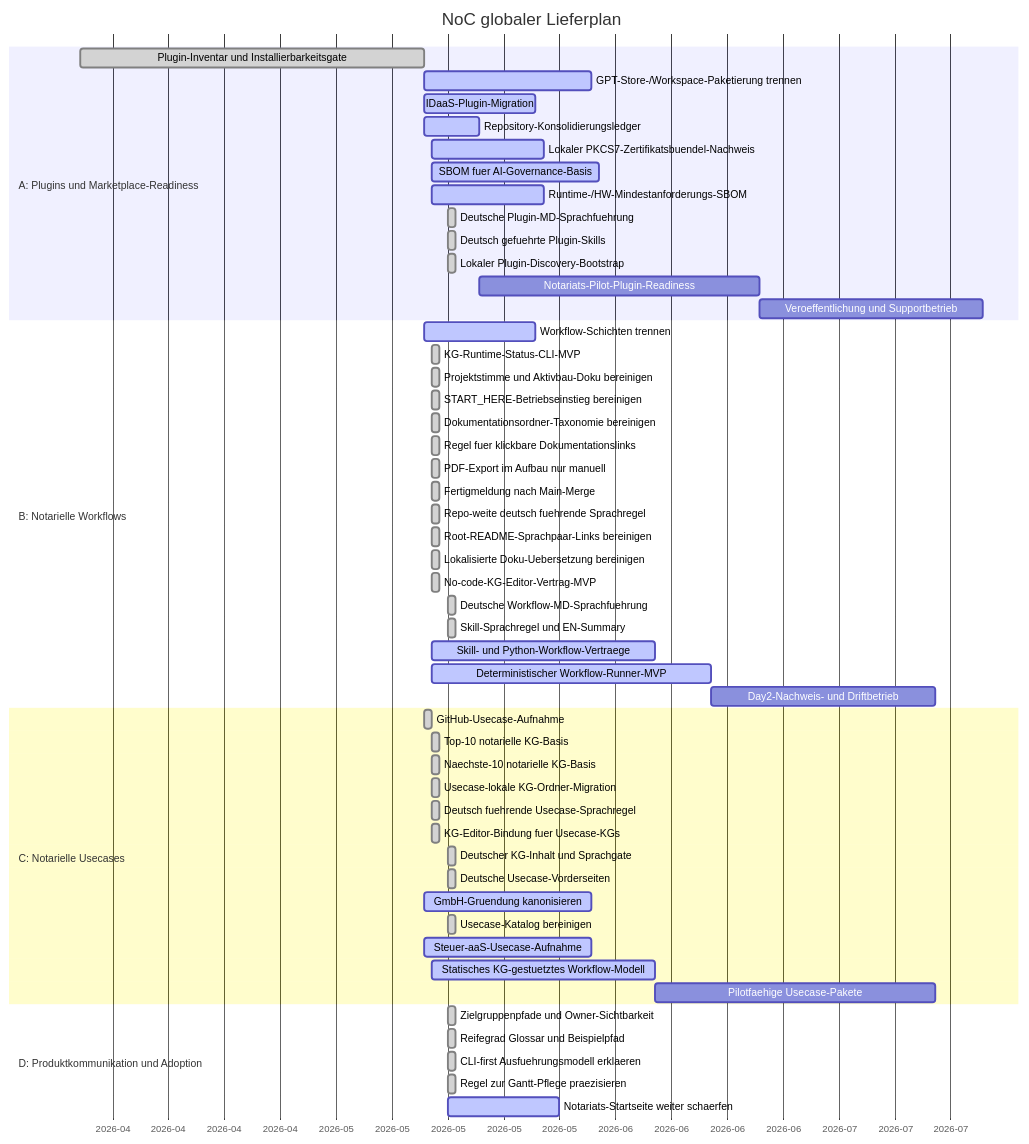
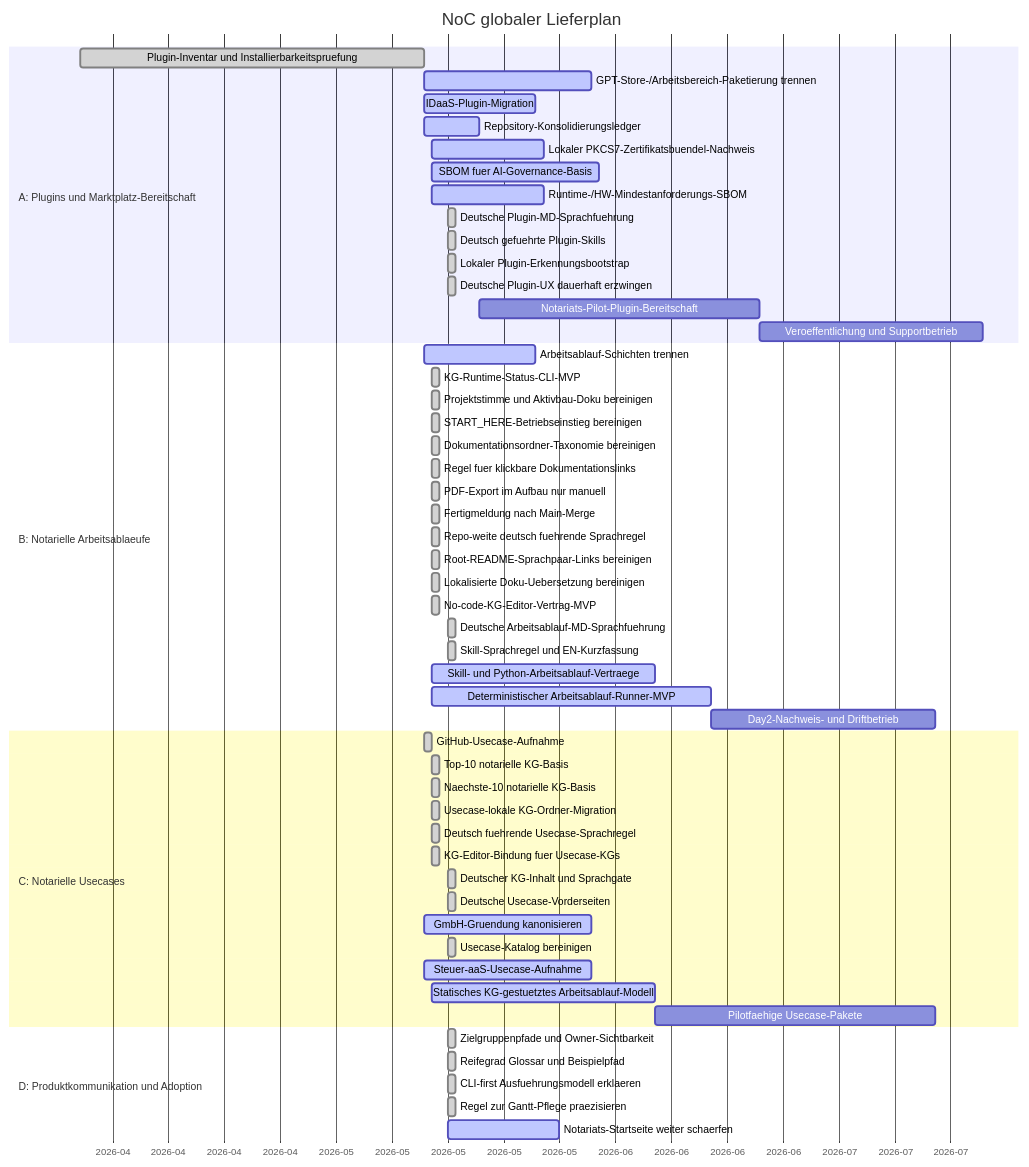
Before and after one commit to notariat8/NaC: the diagram in roadmap/GANTT.md, drawn with Mermaid. The commit also changed other lines of this file and 54 other files, not shown here.

````diff
--- a/roadmap/GANTT.md
+++ b/roadmap/GANTT.md
@@ -14,61 +14,62 @@
 ```mermaid
 gantt
     title NoC globaler Lieferplan
     dateFormat  YYYY-MM-DD
     axisFormat  %Y-%m
 
-    section A: Plugins und Marketplace-Readiness
-    Plugin-Inventar und Installierbarkeitsgate   :done,    a1, 2026-04-01, 2026-05-14
-    GPT-Store-/Workspace-Paketierung trennen     :active,  a2, 2026-05-14, 21d
+    section A: Plugins und Marktplatz-Bereitschaft
+    Plugin-Inventar und Installierbarkeitspruefung :done, a1, 2026-04-01, 2026-05-14
+    GPT-Store-/Arbeitsbereich-Paketierung trennen :active, a2, 2026-05-14, 21d
     IDaaS-Plugin-Migration                       :active,  a3, 2026-05-14, 14d
     Repository-Konsolidierungsledger             :active,  a4, 2026-05-14, 7d
     Lokaler PKCS7-Zertifikatsbuendel-Nachweis    :active,  a4a, 2026-05-15, 14d
     SBOM fuer AI-Governance-Basis                :active,  a4b, 2026-05-15, 21d
     Runtime-/HW-Mindestanforderungs-SBOM         :active,  a4c, 2026-05-15, 14d
     Deutsche Plugin-MD-Sprachfuehrung            :done,    a4d, 2026-05-17, 1d
     Deutsch gefuehrte Plugin-Skills              :done,    a4e, 2026-05-17, 1d
-    Lokaler Plugin-Discovery-Bootstrap           :done,    a4f, 2026-05-17, 1d
-    Notariats-Pilot-Plugin-Readiness             :         a5, after a4, 35d
+    Lokaler Plugin-Erkennungsbootstrap           :done,    a4f, 2026-05-17, 1d
+    Deutsche Plugin-UX dauerhaft erzwingen       :done,    a4g, 2026-05-17, 1d
+    Notariats-Pilot-Plugin-Bereitschaft          :         a5, after a4, 35d
     Veroeffentlichung und Supportbetrieb         :         a6, after a5, 28d
 
-    section B: Notarielle Workflows
-    Workflow-Schichten trennen                   :active,  b1, 2026-05-14, 14d
+    section B: Notarielle Arbeitsablaeufe
+    Arbeitsablauf-Schichten trennen              :active,  b1, 2026-05-14, 14d
     KG-Runtime-Status-CLI-MVP                    :done,    b1a, 2026-05-15, 1d
     Projektstimme und Aktivbau-Doku bereinigen   :done,    b1b, 2026-05-15, 1d
     START_HERE-Betriebseinstieg bereinigen       :done,    b1c, 2026-05-15, 1d
     Dokumentationsordner-Taxonomie bereinigen    :done,    b1d, 2026-05-15, 1d
     Regel fuer klickbare Dokumentationslinks     :done,    b1e, 2026-05-15, 1d
     PDF-Export im Aufbau nur manuell             :done,    b1f, 2026-05-15, 1d
     Fertigmeldung nach Main-Merge                :done,    b1g, 2026-05-15, 1d
     Repo-weite deutsch fuehrende Sprachregel     :done,    b1h, 2026-05-15, 1d
     Root-README-Sprachpaar-Links bereinigen      :done,    b1i, 2026-05-15, 1d
     Lokalisierte Doku-Uebersetzung bereinigen    :done,    b1j, 2026-05-15, 1d
     No-code-KG-Editor-Vertrag-MVP                :done,    b1k, 2026-05-15, 1d
-    Deutsche Workflow-MD-Sprachfuehrung          :done,    b1l, 2026-05-17, 1d
-    Skill-Sprachregel und EN-Summary             :done,    b1m, 2026-05-17, 1d
-    Skill- und Python-Workflow-Vertraege         :active,  b2, 2026-05-15, 28d
-    Deterministischer Workflow-Runner-MVP        :active,  b3, 2026-05-15, 35d
+    Deutsche Arbeitsablauf-MD-Sprachfuehrung     :done,    b1l, 2026-05-17, 1d
+    Skill-Sprachregel und EN-Kurzfassung         :done,    b1m, 2026-05-17, 1d
+    Skill- und Python-Arbeitsablauf-Vertraege    :active,  b2, 2026-05-15, 28d
+    Deterministischer Arbeitsablauf-Runner-MVP   :active,  b3, 2026-05-15, 35d
     Day2-Nachweis- und Driftbetrieb              :         b4, after b3, 28d
 
     section C: Notarielle Usecases
     GitHub-Usecase-Aufnahme                      :done,    c1, 2026-05-14, 1d
     Top-10 notarielle KG-Basis                   :done,    c2, 2026-05-15, 1d
     Naechste-10 notarielle KG-Basis              :done,    c3, 2026-05-15, 1d
     Usecase-lokale KG-Ordner-Migration           :done,    c3a, 2026-05-15, 1d
     Deutsch fuehrende Usecase-Sprachregel        :done,    c3b, 2026-05-15, 1d
     KG-Editor-Bindung fuer Usecase-KGs           :done,    c3c, 2026-05-15, 1d
     Deutscher KG-Inhalt und Sprachgate           :done,    c3d, 2026-05-17, 1d
     Deutsche Usecase-Vorderseiten                :done,    c3e, 2026-05-17, 1d
     GmbH-Gruendung kanonisieren                  :active,  c4, 2026-05-14, 21d
     Usecase-Katalog bereinigen                 :done,    c5, 2026-05-17, 1d
     Steuer-aaS-Usecase-Aufnahme                  :active,  c6, 2026-05-14, 21d
-    Statisches KG-gestuetztes Workflow-Modell    :active,  c7, 2026-05-15, 28d
+    Statisches KG-gestuetztes Arbeitsablauf-Modell :active, c7, 2026-05-15, 28d
     Pilotfaehige Usecase-Pakete                  :         c8, after c7, 35d
 
     section D: Produktkommunikation und Adoption
     Zielgruppenpfade und Owner-Sichtbarkeit      :done,    d1, 2026-05-17, 1d
     Reifegrad Glossar und Beispielpfad           :done,    d1a, 2026-05-17, 1d
     CLI-first Ausfuehrungsmodell erklaeren       :done,    d1b, 2026-05-17, 1d
     Regel zur Gantt-Pflege praezisieren         :done,    d1c, 2026-05-17, 1d
     Notariats-Startseite weiter schaerfen        :active,  d2, 2026-05-17, 14d
 ```
````
